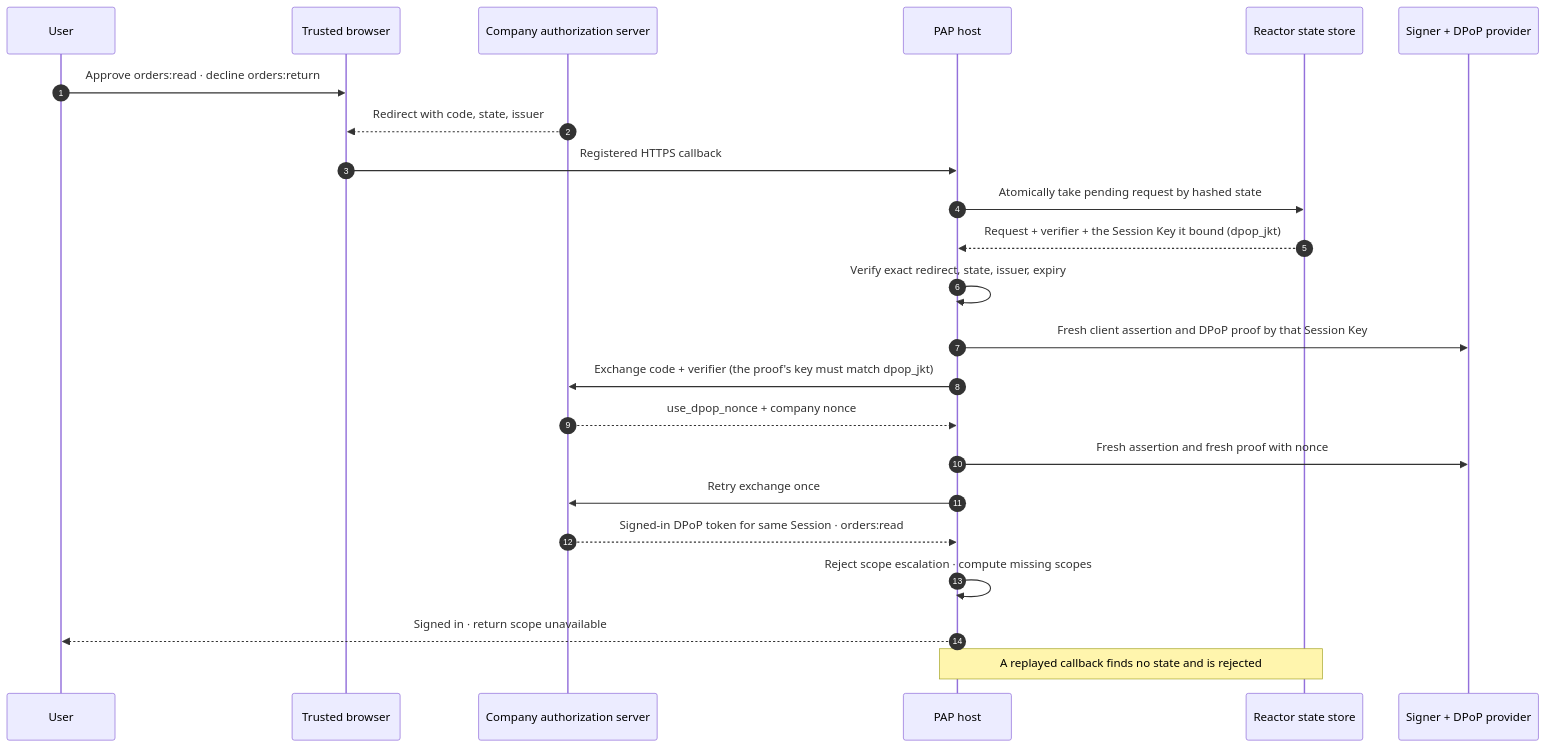
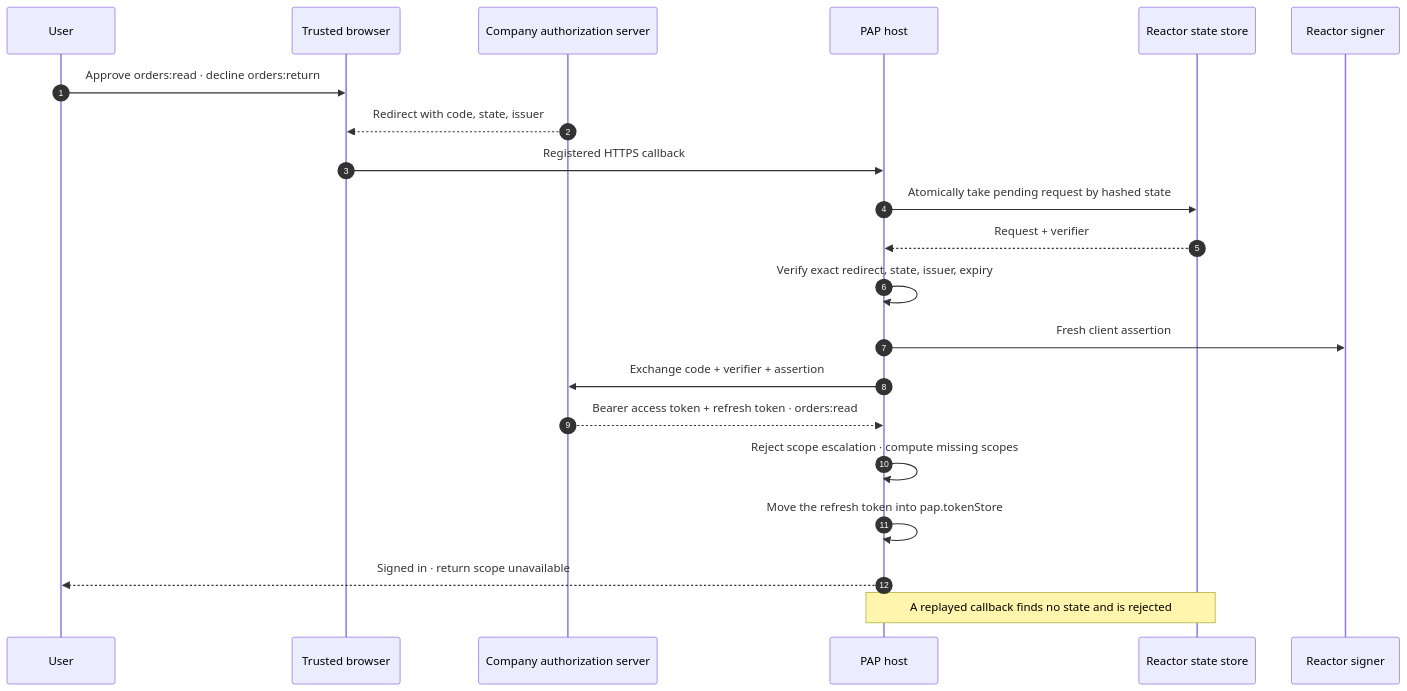
Before and after one commit to datalayer/personal-agent-protocol: the diagram in docs/docs/examples/direct-sign-in-lifecycle.mdx, drawn with Mermaid. The commit also changed other lines of this file and 36 other files, not shown here.

Commit message:
Docs: the example pages and decks at draft 0.3, Sessions as a local sid, refresh tokens, the browser join by /authorize and Operations v2, with the session-jwt, session-transport and delegation decks renamed from their old names

````diff
--- a/docs/docs/examples/direct-sign-in-lifecycle.mdx
+++ b/docs/docs/examples/direct-sign-in-lifecycle.mdx
@@ -19,25 +20,23 @@
 ```mermaid
 sequenceDiagram
   autonumber
   participant U as User
   participant B as Trusted browser
   participant C as Company authorization server
   participant H as PAP host
   participant R as Reactor state store
-  participant P as Signer + DPoP provider
+  participant P as Reactor signer
   U->>B: Approve orders:read · decline orders:return
   C-->>B: Redirect with code, state, issuer
   B->>H: Registered HTTPS callback
   H->>R: Atomically take pending request by hashed state
-  R-->>H: Request + verifier + the Session Key it bound (dpop_jkt)
+  R-->>H: Request + verifier
   H->>H: Verify exact redirect, state, issuer, expiry
-  H->>P: Fresh client assertion and DPoP proof by that Session Key
-  H->>C: Exchange code + verifier (the proof's key must match dpop_jkt)
-  C-->>H: use_dpop_nonce + company nonce
-  H->>P: Fresh assertion and fresh proof with nonce
-  H->>C: Retry exchange once
-  C-->>H: Signed-in DPoP token for same Session · orders:read
+  H->>P: Fresh client assertion
+  H->>C: Exchange code + verifier + assertion
+  C-->>H: Bearer access token + refresh token · orders:read
   H->>H: Reject scope escalation · compute missing scopes
+  H->>H: Move the refresh token into pap.tokenStore
   H-->>U: Signed in · return scope unavailable
   Note over H,R: A replayed callback finds no state and is rejected
 ```
````
